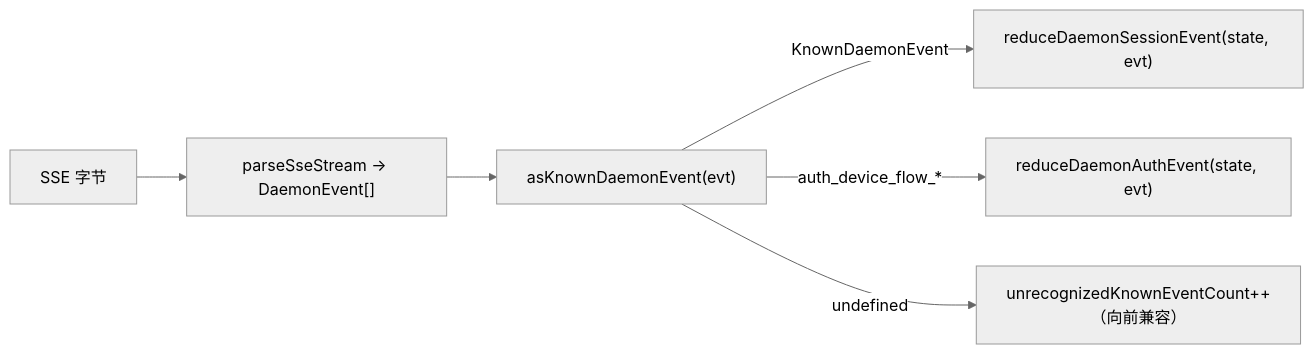
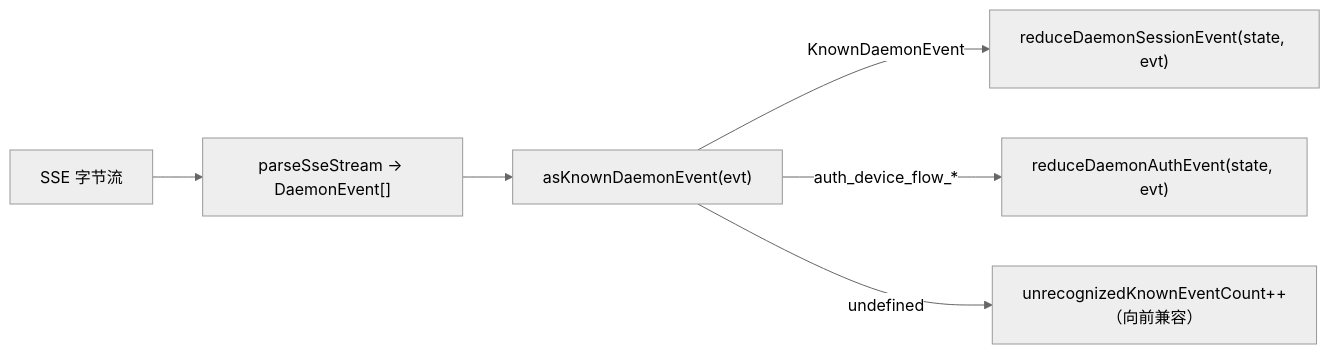
Before and after one commit to QwenLM/qwen-code-docs: the second of 2 diagrams in website/content/zh/developers/daemon/09-event-schema.md, drawn with Mermaid (neutral theme). The commit also changed other lines of this file and 162 other files, not shown here.

````diff
--- a/website/content/zh/developers/daemon/09-event-schema.md
+++ b/website/content/zh/developers/daemon/09-event-schema.md
@@ -179,8 +193,8 @@
 ```mermaid
 flowchart LR
-    A["SSE 字节"] --> B["parseSseStream -> DaemonEvent[]"]
+    A["SSE 字节流"] --> B["parseSseStream -> DaemonEvent[]"]
     B --> C["asKnownDaemonEvent(evt)"]
     C -->|"KnownDaemonEvent"| D["reduceDaemonSessionEvent(state, evt)"]
     C -->|"auth_device_flow_*"| E["reduceDaemonAuthEvent(state, evt)"]
     C -->|"undefined"| F["unrecognizedKnownEventCount++<br/>（向前兼容）"]
 ```
````
